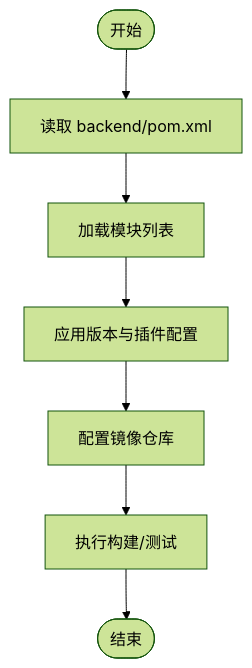
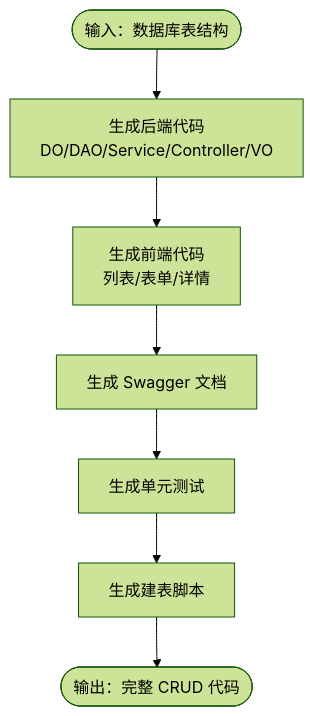
One commit to zhuangpengLI/AgenticCPS changed the fifth of 7 diagrams in .qoder/repowiki/zh/content/开发指南/开发指南.md. Above: the diagram before and after it, drawn with Mermaid (forest theme). The commit also changed other lines of this file and 293 other files, not shown here.

````diff
--- a/.qoder/repowiki/zh/content/开发指南/开发指南.md
+++ b/.qoder/repowiki/zh/content/开发指南/开发指南.md
@@ -127,9 +186,9 @@
 ```mermaid
 flowchart TD
-Start(["开始"]) --> ReadPOM["读取 backend/pom.xml"]
-ReadPOM --> Modules["加载模块列表"]
-Modules --> Versioning["应用版本与插件配置"]
-Versioning --> Repositories["配置镜像仓库"]
-Repositories --> Build["执行构建/测试"]
-Build --> End(["结束"])
+Start(["输入：数据库表结构"]) --> GenBackend["生成后端代码<br/>DO/DAO/Service/Controller/VO"]
+GenBackend --> GenFront["生成前端代码<br/>列表/表单/详情"]
+GenFront --> Swagger["生成 Swagger 文档"]
+Swagger --> Tests["生成单元测试"]
+Tests --> ExportSQL["生成建表脚本"]
+ExportSQL --> Done(["输出：完整 CRUD 代码"])
 ```
````
